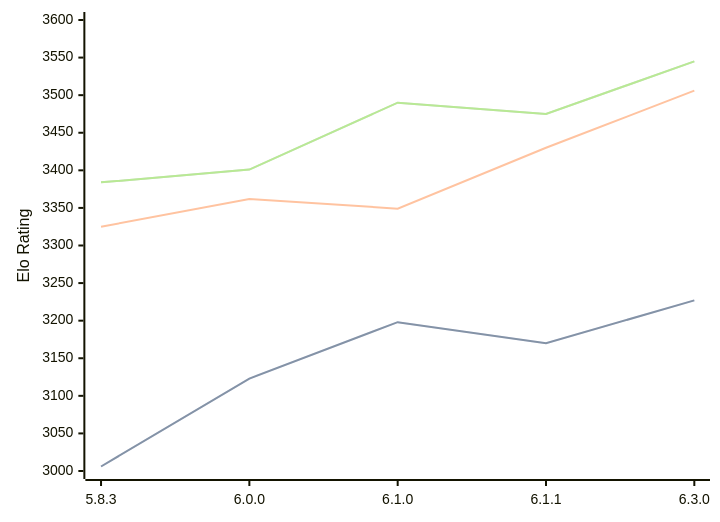
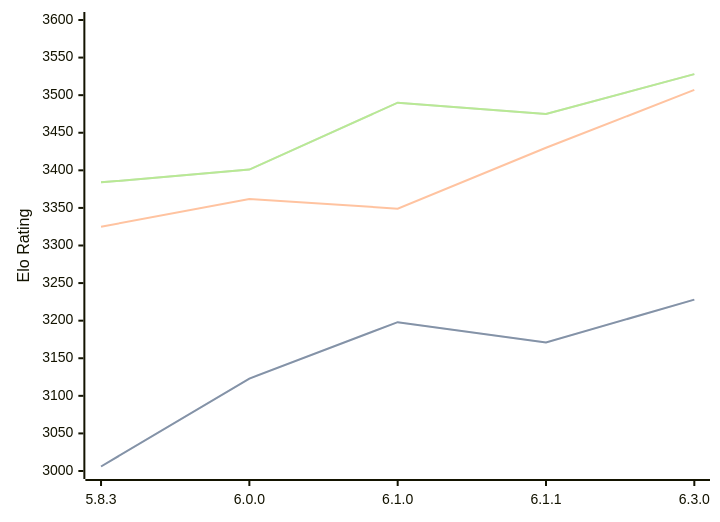
The diagram in engines/Zigqueen.md (computer-chess-index/cci), drawn with Mermaid before and after one commit. The commit also changed other lines of this file, not shown here.

Commit message:
Update CCI Ratings (ELO VLTC) - 2026-10-07

````diff
--- a/engines/Zigqueen.md
+++ b/engines/Zigqueen.md
@@ -39,11 +39,11 @@
 ```mermaid
 %%{init: {"theme":"base","themeVariables":{"seriesColors:['#a3a3a3','#222221','#faa371']}}}%%
 xychart-beta
   x-axis ["5.8.3", "6.0.0", "6.1.0", "6.1.1", "6.3.0"]
   y-axis "Elo Rating" 3000 --> 3600
-  line "" [3006, 3123, 3198, 3170, 3227]
-  line "STC (8.0+0.08s)" [3006, 3123, 3198, 3170, 3227]
-  line "LTC (60.0+0.60s)" [3325, 3362, 3349, 3430, 3506]
-  line "" [3384, 3401, 3490, 3475, 3545]
-  line "VLTC (2m24s+1.12s)" [3384, 3401, 3490, 3475, 3545]
+  line "" [3006, 3123, 3198, 3171, 3228]
+  line "STC (8.0+0.08s)" [3006, 3123, 3198, 3171, 3228]
+  line "LTC (60.0+0.60s)" [3325, 3362, 3349, 3430, 3507]
+  line "" [3384, 3401, 3490, 3475, 3528]
+  line "VLTC (2m24s+1.12s)" [3384, 3401, 3490, 3475, 3528]
 ```
````
